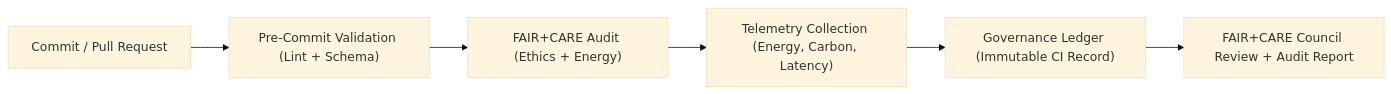
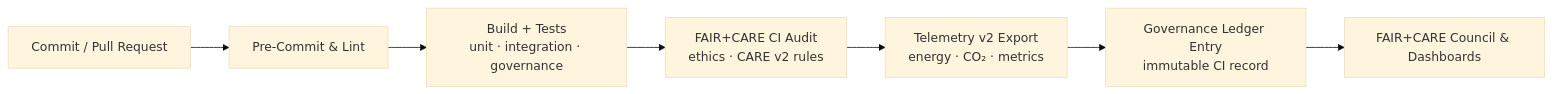
The second of 2 diagrams in docs/guides/workflows/ci-pipeline.md (bartytime4life/Kansas-Frontier-Matrix), drawn with Mermaid (base theme) before and after one commit. The commit also changed other lines of this file, not shown here.

````diff
--- a/docs/guides/workflows/ci-pipeline.md
+++ b/docs/guides/workflows/ci-pipeline.md
@@ -184,8 +246,10 @@
 ```mermaid
 flowchart LR
-A["Commit / Pull Request"] --> B["Pre-Commit Validation (Lint + Schema)"]
-B --> C["FAIR+CARE Audit (Ethics + Energy)"]
-C --> D["Telemetry Collection (Energy, Carbon, Latency)"]
-D --> E["Governance Ledger (Immutable CI Record)"]
-E --> F["FAIR+CARE Council Review + Audit Report"]
+
+SRC["Commit / Pull Request"] --> PRE["Pre-Commit & Lint"]
+PRE --> TESTS["Build + Tests<br/>unit · integration · governance"]
+TESTS --> VAL["FAIR+CARE CI Audit<br/>ethics · CARE v2 rules"]
+VAL --> TEL["Telemetry v2 Export<br/>energy · CO₂ · metrics"]
+TEL --> LED["Governance Ledger Entry<br/>immutable CI record"]
+LED --> COUNCIL["FAIR+CARE Council & Dashboards"]
 ```
````
